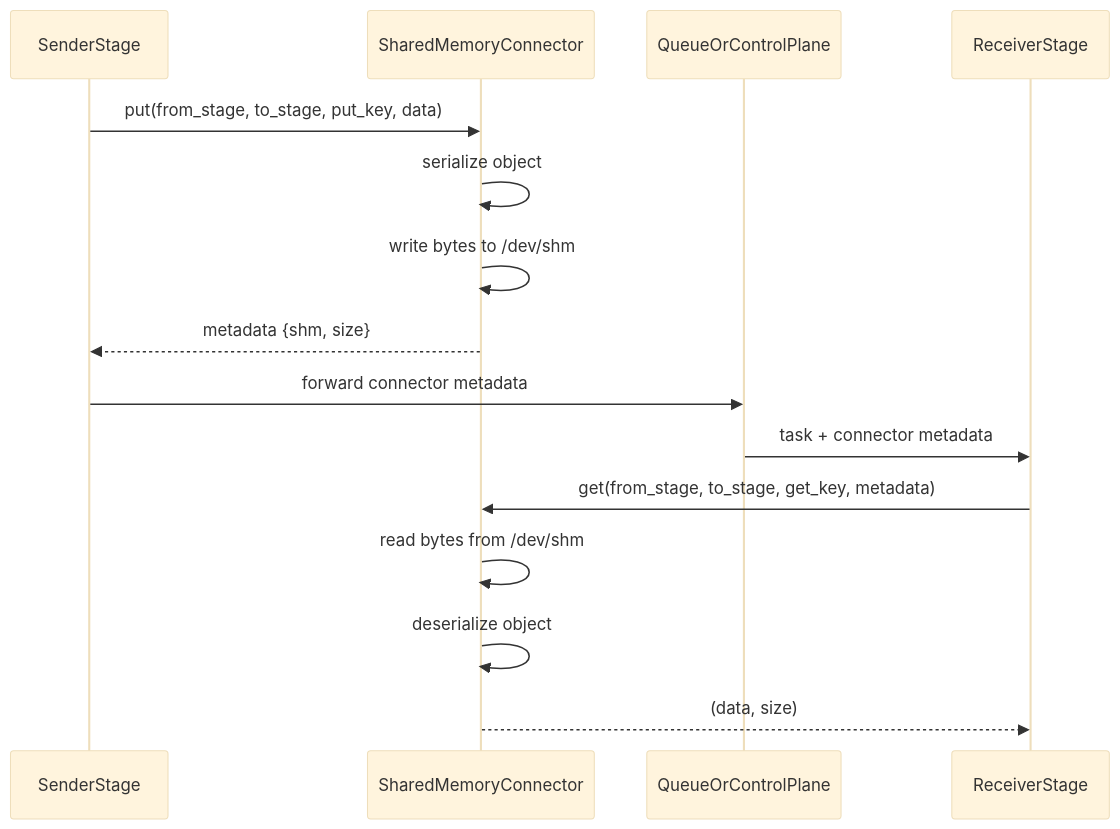
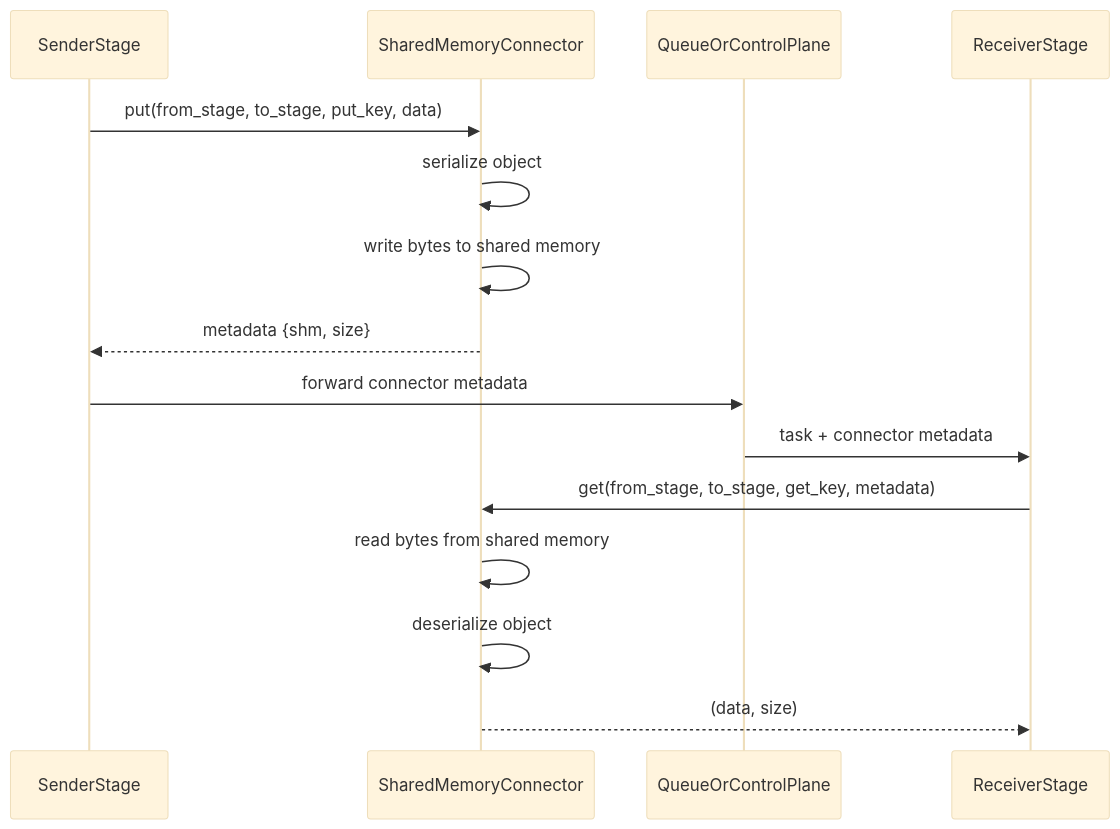
The diagram in docs/design/feature/omni_connectors/shared_memory_connector.md (0z5a/vllm-omni), drawn with Mermaid (base theme) before and after one commit. The commit also changed other lines of this file and 4 other files, not shown here.

Commit message:
[OOT] [vllm-metal] Add shared-memory storage hooks [2/3] (#8946)

````diff
--- a/docs/design/feature/omni_connectors/shared_memory_connector.md
+++ b/docs/design/feature/omni_connectors/shared_memory_connector.md
@@ -185,18 +185,18 @@
 ```mermaid
 sequenceDiagram
     participant SenderStage
     participant SharedMemoryConnector
     participant QueueOrControlPlane
     participant ReceiverStage
 
     SenderStage->>SharedMemoryConnector: put(from_stage, to_stage, put_key, data)
     SharedMemoryConnector->>SharedMemoryConnector: serialize object
-    SharedMemoryConnector->>SharedMemoryConnector: write bytes to /dev/shm
+    SharedMemoryConnector->>SharedMemoryConnector: write bytes to shared memory
     SharedMemoryConnector-->>SenderStage: metadata {shm, size}
     SenderStage->>QueueOrControlPlane: forward connector metadata
     QueueOrControlPlane->>ReceiverStage: task + connector metadata
     ReceiverStage->>SharedMemoryConnector: get(from_stage, to_stage, get_key, metadata)
-    SharedMemoryConnector->>SharedMemoryConnector: read bytes from /dev/shm
+    SharedMemoryConnector->>SharedMemoryConnector: read bytes from shared memory
     SharedMemoryConnector->>SharedMemoryConnector: deserialize object
     SharedMemoryConnector-->>ReceiverStage: (data, size)
 ```
````
